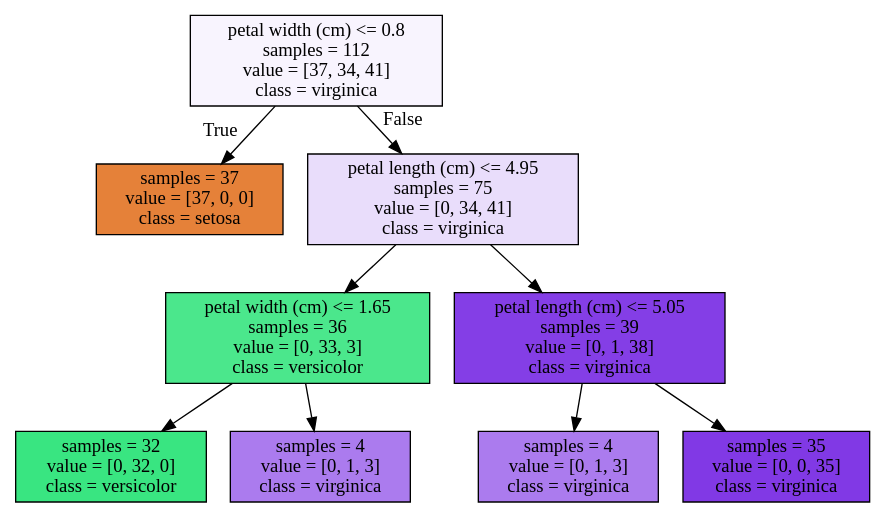
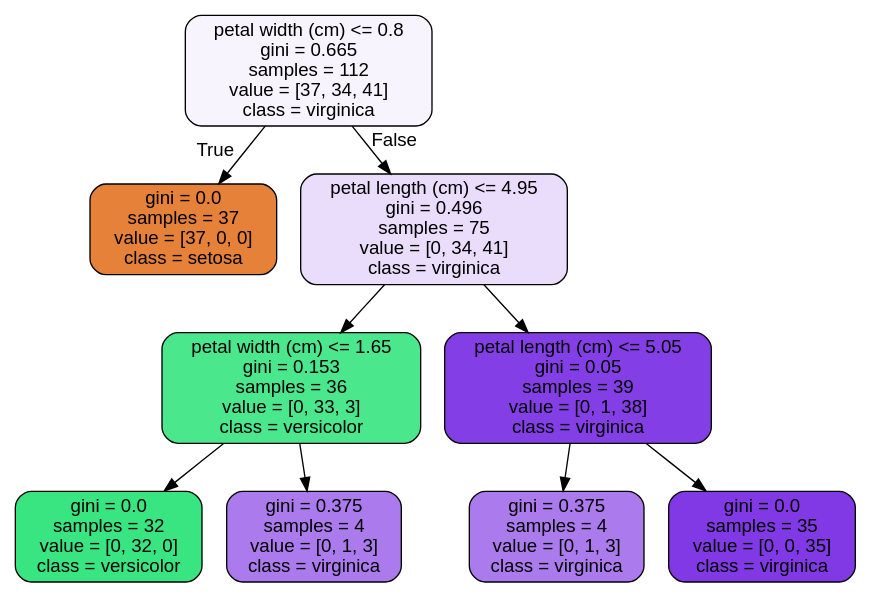
Before and after one commit to dbowmans46/PracticalProgramming: the diagram in Session 7 - Python/Instructional Material/Class Examples/Scikit-Learn/decision_tree.dot, drawn with Graphviz. The commit also changed 2 other files, not shown here.

```diff
--- a/Session 7 - Python/Instructional Material/Class Examples/Scikit-Learn/decision_tree.dot
+++ b/Session 7 - Python/Instructional Material/Class Examples/Scikit-Learn/decision_tree.dot
@@ -1,20 +1,21 @@
 digraph Tree {
-node [shape=box, style="filled", color="black"] ;
-0 [label="petal width (cm) <= 0.8\nsamples = 112\nvalue = [37, 34, 41]\nclass = virginica", fillcolor="#f8f4fe"] ;
-1 [label="samples = 37\nvalue = [37, 0, 0]\nclass = setosa", fillcolor="#e58139"] ;
+node [shape=box, style="filled, rounded", color="black", fontname=helvetica] ;
+edge [fontname=helvetica] ;
+0 [label="petal width (cm) <= 0.8\ngini = 0.665\nsamples = 112\nvalue = [37, 34, 41]\nclass = virginica", fillcolor="#f8f4fe"] ;
+1 [label="gini = 0.0\nsamples = 37\nvalue = [37, 0, 0]\nclass = setosa", fillcolor="#e58139"] ;
 0 -> 1 [labeldistance=2.5, labelangle=45, headlabel="True"] ;
-2 [label="petal length (cm) <= 4.95\nsamples = 75\nvalue = [0, 34, 41]\nclass = virginica", fillcolor="#e9ddfb"] ;
+2 [label="petal length (cm) <= 4.95\ngini = 0.496\nsamples = 75\nvalue = [0, 34, 41]\nclass = virginica", fillcolor="#e9ddfb"] ;
 0 -> 2 [labeldistance=2.5, labelangle=-45, headlabel="False"] ;
-3 [label="petal width (cm) <= 1.65\nsamples = 36\nvalue = [0, 33, 3]\nclass = versicolor", fillcolor="#4be78c"] ;
+3 [label="petal width (cm) <= 1.65\ngini = 0.153\nsamples = 36\nvalue = [0, 33, 3]\nclass = versicolor", fillcolor="#4be78c"] ;
 2 -> 3 ;
-4 [label="samples = 32\nvalue = [0, 32, 0]\nclass = versicolor", fillcolor="#39e581"] ;
+4 [label="gini = 0.0\nsamples = 32\nvalue = [0, 32, 0]\nclass = versicolor", fillcolor="#39e581"] ;
 3 -> 4 ;
-5 [label="samples = 4\nvalue = [0, 1, 3]\nclass = virginica", fillcolor="#ab7bee"] ;
+5 [label="gini = 0.375\nsamples = 4\nvalue = [0, 1, 3]\nclass = virginica", fillcolor="#ab7bee"] ;
 3 -> 5 ;
-6 [label="petal length (cm) <= 5.05\nsamples = 39\nvalue = [0, 1, 38]\nclass = virginica", fillcolor="#843ee6"] ;
+6 [label="petal length (cm) <= 5.05\ngini = 0.05\nsamples = 39\nvalue = [0, 1, 38]\nclass = virginica", fillcolor="#843ee6"] ;
 2 -> 6 ;
-7 [label="samples = 4\nvalue = [0, 1, 3]\nclass = virginica", fillcolor="#ab7bee"] ;
+7 [label="gini = 0.375\nsamples = 4\nvalue = [0, 1, 3]\nclass = virginica", fillcolor="#ab7bee"] ;
 6 -> 7 ;
-8 [label="samples = 35\nvalue = [0, 0, 35]\nclass = virginica", fillcolor="#8139e5"] ;
+8 [label="gini = 0.0\nsamples = 35\nvalue = [0, 0, 35]\nclass = virginica", fillcolor="#8139e5"] ;
 6 -> 8 ;
 }
```
